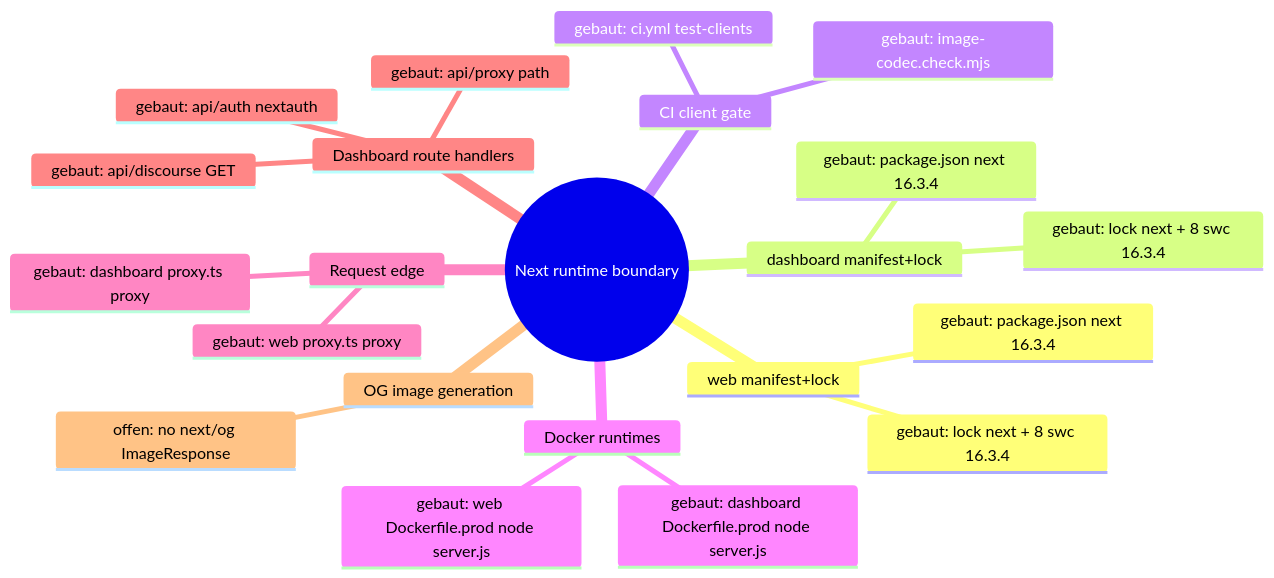
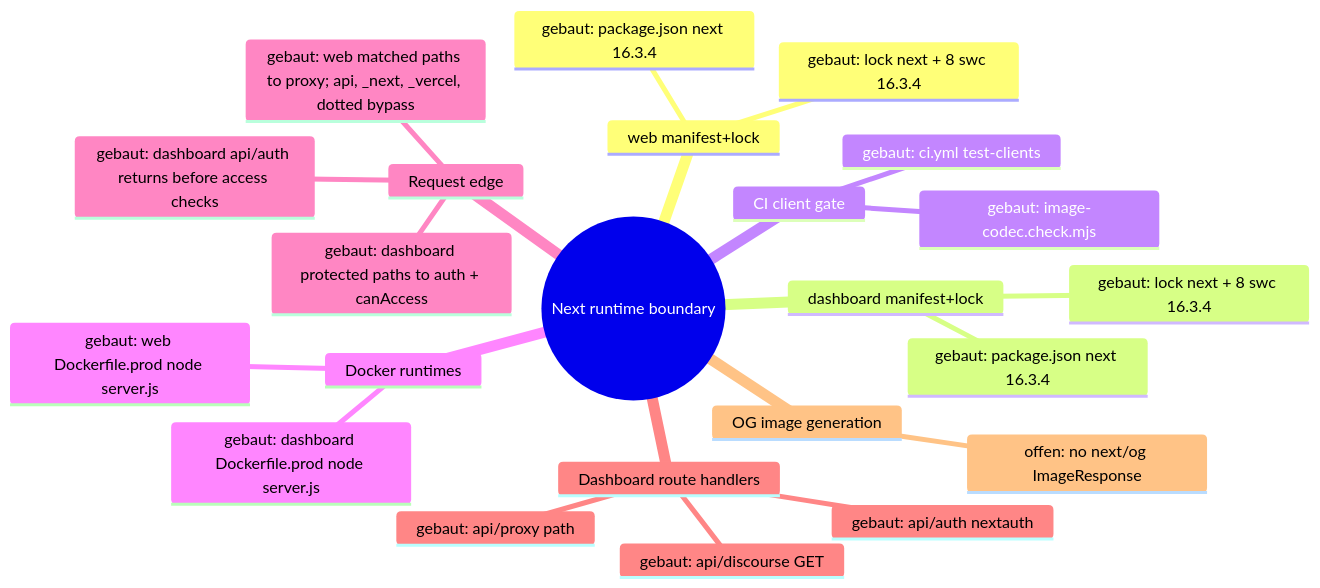
Before and after one commit to NeaBouli/pnyx: the diagram in docs/architecture/MAP.md, drawn with Mermaid. The commit also changed other lines of this file and 5 other files, not shown here.

Commit message:
docs(architecture): qualify proxy request paths

````diff
--- a/docs/architecture/MAP.md
+++ b/docs/architecture/MAP.md
@@ -85,25 +86,26 @@
 ```mermaid
 mindmap
   root((Next runtime boundary))
     web manifest+lock
       gebaut: package.json next 16.3.4
       gebaut: lock next + 8 swc 16.3.4
     dashboard manifest+lock
       gebaut: package.json next 16.3.4
       gebaut: lock next + 8 swc 16.3.4
     CI client gate
       gebaut: ci.yml test-clients
       gebaut: image-codec.check.mjs
     Docker runtimes
       gebaut: web Dockerfile.prod node server.js
       gebaut: dashboard Dockerfile.prod node server.js
     Request edge
-      gebaut: web proxy.ts proxy
-      gebaut: dashboard proxy.ts proxy
+      gebaut: web matched paths to proxy; api, _next, _vercel, dotted bypass
+      gebaut: dashboard protected paths to auth + canAccess
+      gebaut: dashboard api/auth returns before access checks
     Dashboard route handlers
       gebaut: api/auth nextauth
       gebaut: api/discourse GET
       gebaut: api/proxy path
     OG image generation
       offen: no next/og ImageResponse
 ```
````
